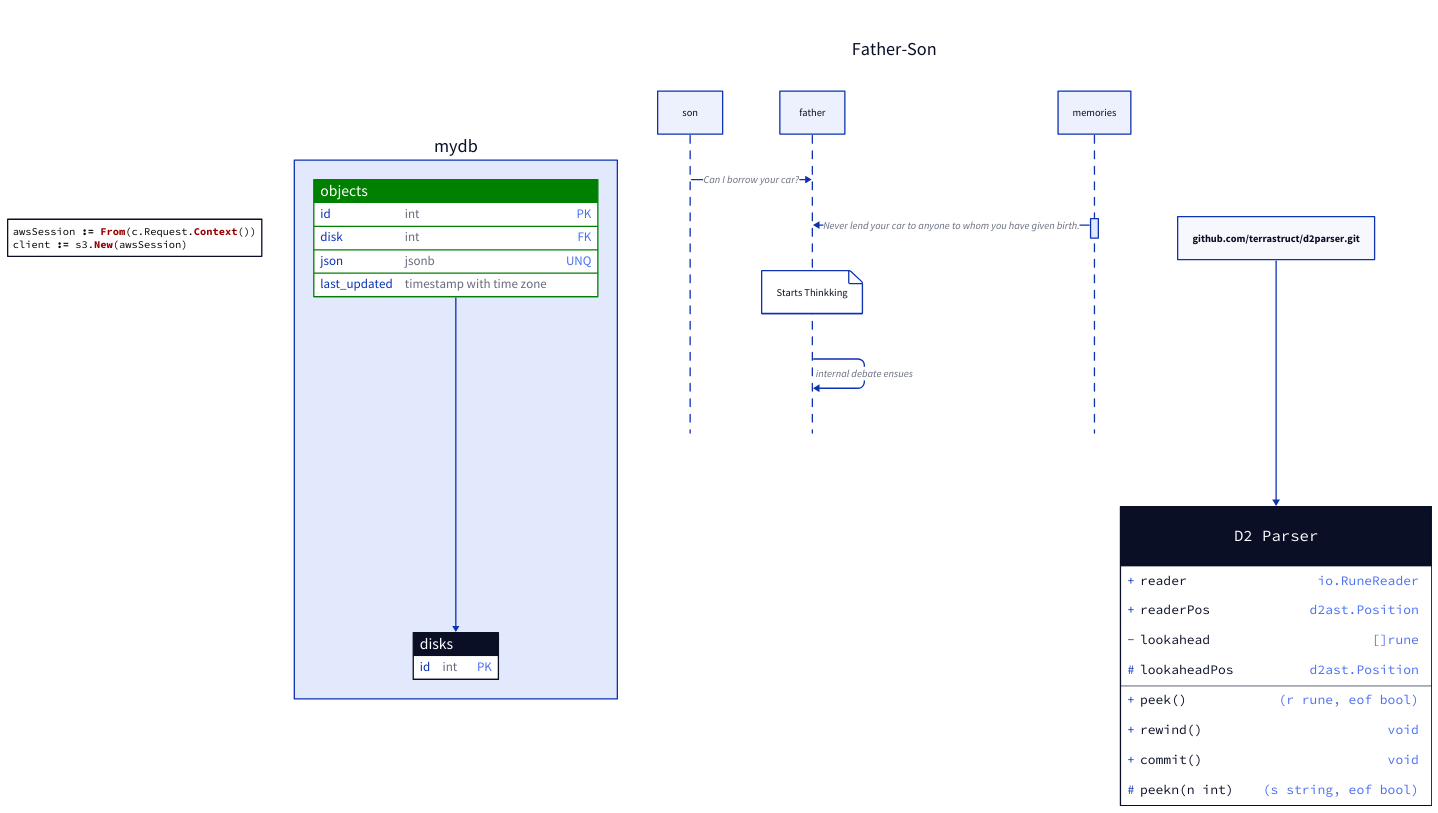
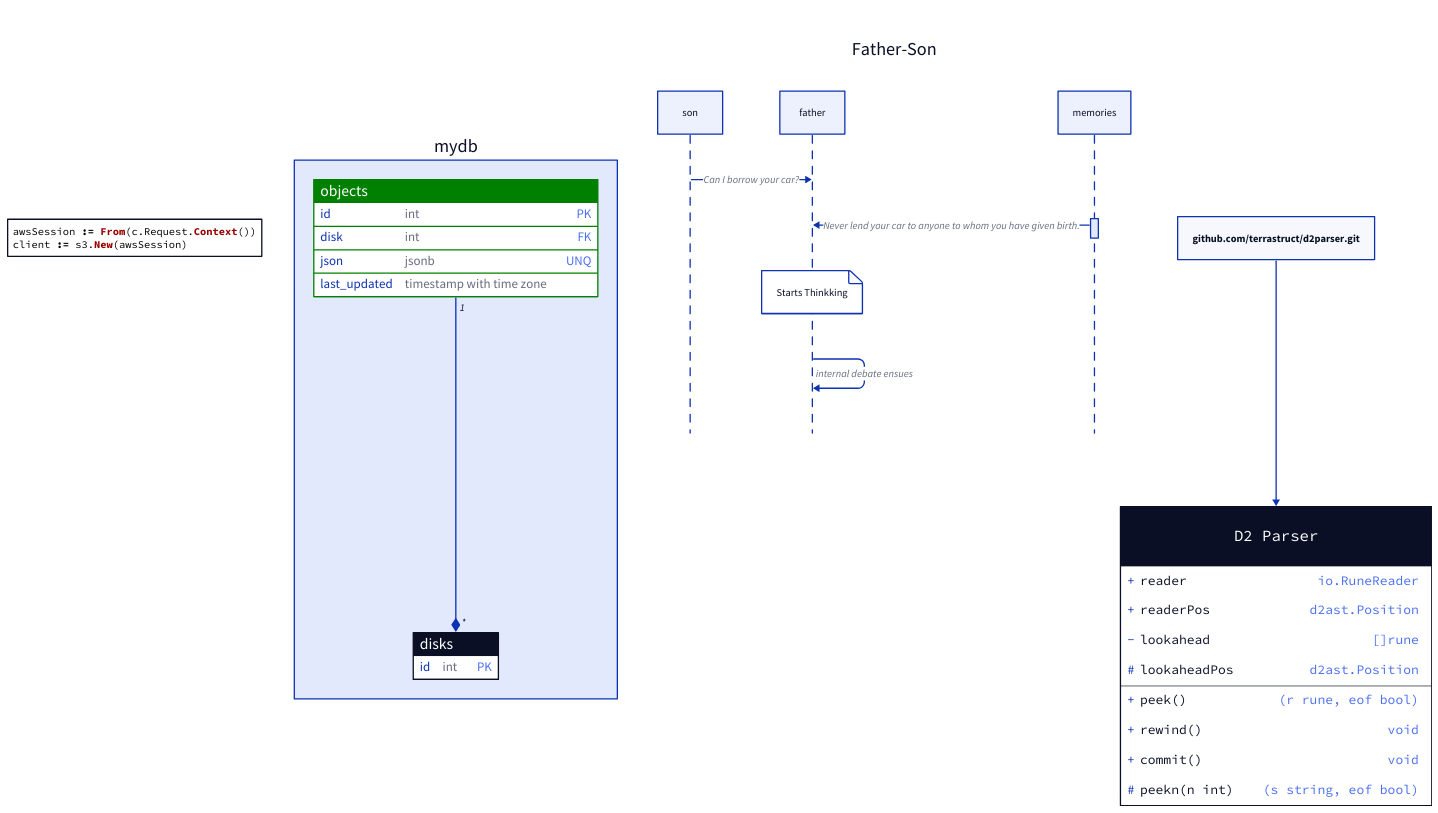
One commit to amanhigh/go-fun changed the diagram in components/learn/tools/d2lang/special.d2. Above: the diagram before and after it, drawn with D2.

Commit message:
Added Arrowhead example

```diff
--- a/components/learn/tools/d2lang/special.d2
+++ b/components/learn/tools/d2lang/special.d2
@@ -1,60 +1,66 @@
 # Code: https://d2lang.com/tour/text#code
 code: |go
   awsSession := From(c.Request.Context())
   client := s3.New(awsSession)
 |
 
 # Tables: https://d2lang.com/tour/sql-tables
 mydb: {
   objects: {
     shape: sql_table
     id: int {constraint: primary_key}
     disk: int {constraint: foreign_key}
 
     json: jsonb {constraint: unique}
     last_updated: timestamp with time zone
     style.fill: green
   }
 
   disks: {
     shape: sql_table
     id: int {constraint: primary_key}
   }
 
-  objects.disk -> disks.id
+  objects.disk -> disks.id: {
+    source-arrowhead.label: 1
+    target-arrowhead: * {
+      shape: diamond
+      style.filled: true
+    }
+  }
 }
 
 # UML: https://d2lang.com/tour/uml-classes
 D2 Parser: {
   shape: class
 
   # Default visibility is + so no need to specify.
   +reader: io.RuneReader
   readerPos: d2ast.Position
 
   # Private field.
   -lookahead: "[]rune"
 
   # Protected field.
   # We have to escape the # to prevent the line from being parsed as a comment.
   \#lookaheadPos: d2ast.Position
 
   +peek(): (r rune, eof bool)
   rewind()
   commit()
 
   \#peekn(n int): (s string, eof bool)
 }
 
 "github.com/terrastruct/d2parser.git" -> D2 Parser
 
 # Sequence: https://d2lang.com/tour/sequence-diagrams
 Father-Son: {
   shape: sequence_diagram
   son -> father: Can I borrow your car?
   memories: {
     friend -> father: Never lend your car to anyone to whom you have given birth.
     father."Starts Thinkking"
     father -> father: internal debate ensues
   }
 }
```
